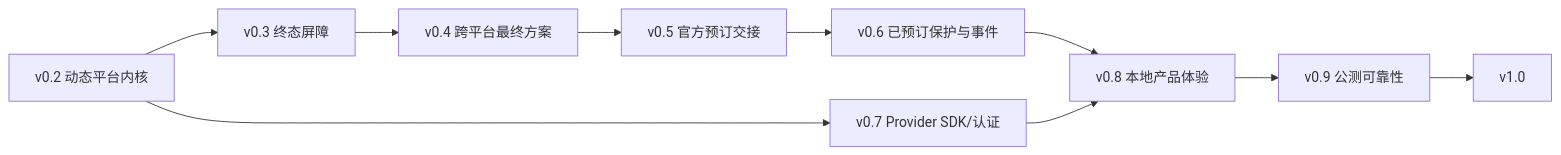
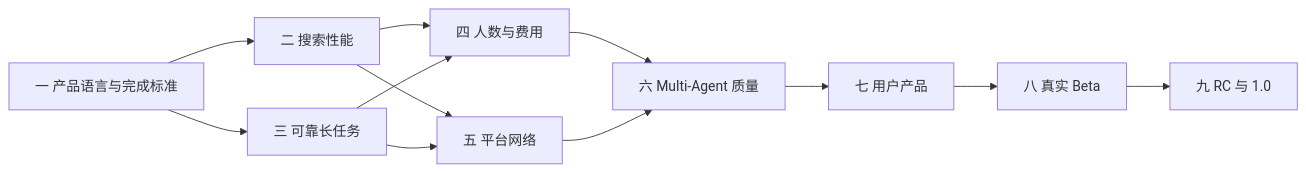
The second of 2 diagrams in docs/roadmap.md (Oxygen56/TripChord), drawn with Mermaid before and after one commit. The commit also changed other lines of this file and 4 other files, not shown here.

Commit message:
docs: define TripChord 1.0 product story and roadmap

````diff
--- a/docs/roadmap.md
+++ b/docs/roadmap.md
@@ -539,12 +456,14 @@
 ```mermaid
 flowchart LR
-    A["v0.2 动态平台内核"] --> B["v0.3 终态屏障"]
-    B --> C["v0.4 跨平台最终方案"]
-    C --> D["v0.5 官方预订交接"]
-    D --> E["v0.6 已预订保护与事件"]
-    A --> F["v0.7 Provider SDK/认证"]
-    E --> G["v0.8 本地产品体验"]
-    F --> G
-    G --> H["v0.9 公测可靠性"]
-    H --> I["v1.0"]
+    A[一 产品语言与完成标准] --> B[二 搜索性能]
+    A --> C[三 可靠长任务]
+    B --> D[四 人数与费用]
+    C --> D
+    B --> E[五 平台网络]
+    C --> E
+    D --> F[六 Multi-Agent 质量]
+    E --> F
+    F --> G[七 用户产品]
+    G --> H[八 真实 Beta]
+    H --> I[九 RC 与 1.0]
 ```
````
